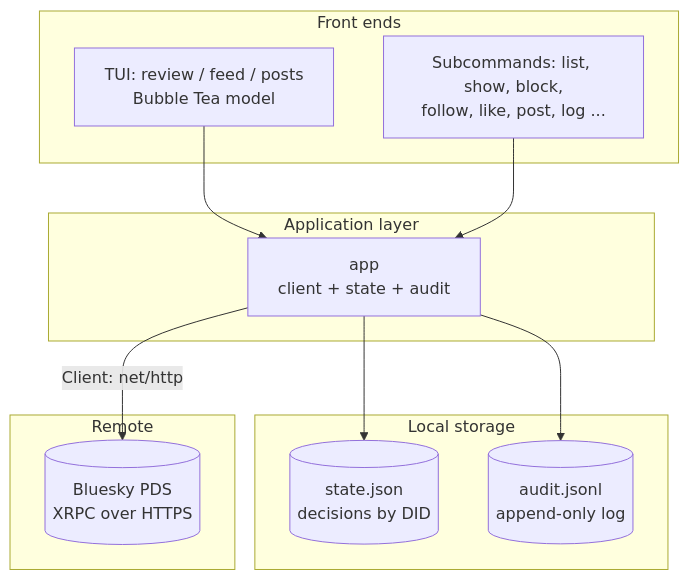
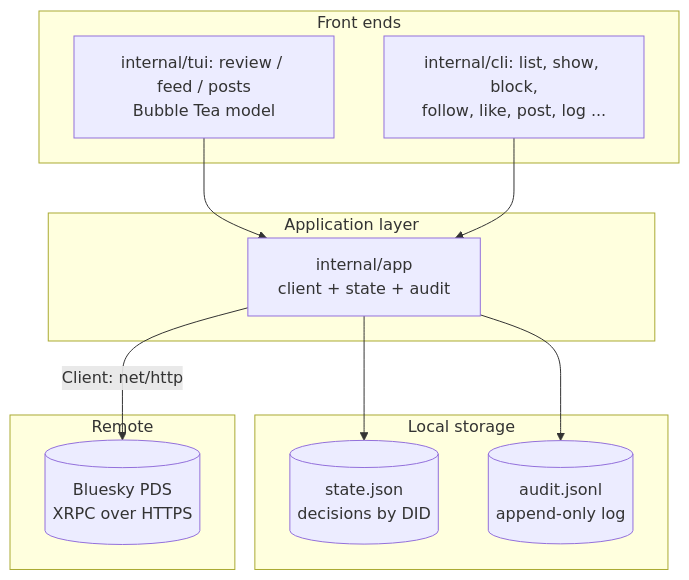
The first of 3 diagrams in ARCHITECTURE.md (mdfranz/bskyban), drawn with Mermaid before and after one commit. The commit also changed other lines of this file and 2 other files, not shown here.

First line of the commit message:
Update docs for the cmd/ and internal/ layout

````diff
--- a/ARCHITECTURE.md
+++ b/ARCHITECTURE.md
@@ -9,26 +9,26 @@
 ```mermaid
 graph TD
     subgraph "Front ends"
-        TUI[TUI: review / feed / posts\nBubble Tea model]
-        CLI[Subcommands: list, show, block,\nfollow, like, post, log ...]
+        TUI[internal/tui: review / feed / posts\nBubble Tea model]
+        CLI[internal/cli: list, show, block,\nfollow, like, post, log ...]
     end
 
     subgraph "Application layer"
-        App[app\nclient + state + audit]
+        App[internal/app\nclient + state + audit]
     end
 
     subgraph "Local storage"
         State[(state.json\ndecisions by DID)]
         Audit[(audit.jsonl\nappend-only log)]
     end
 
     subgraph "Remote"
         PDS[(Bluesky PDS\nXRPC over HTTPS)]
     end
 
     TUI --> App
     CLI --> App
     App --> |Client: net/http| PDS
     App --> State
     App --> Audit
 ```
````
